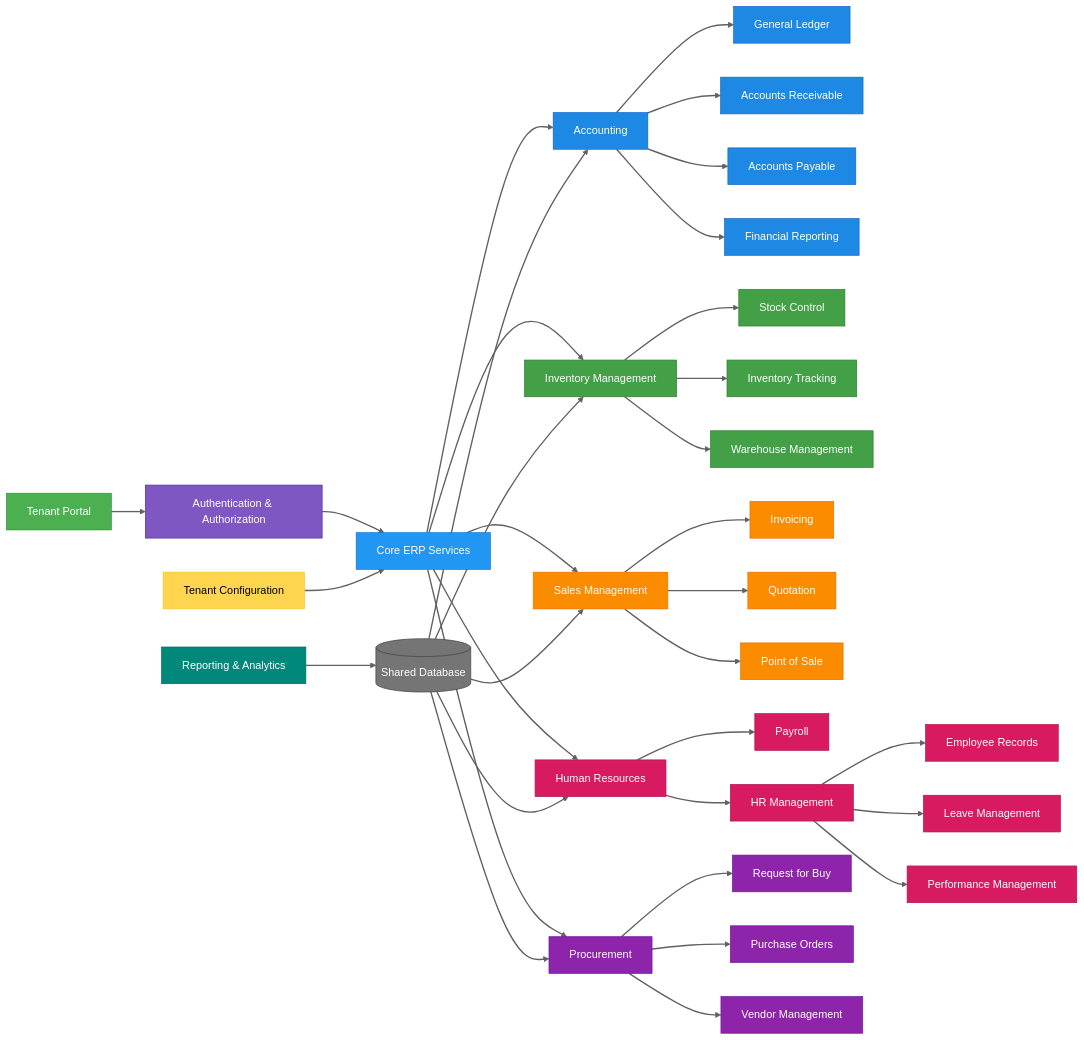
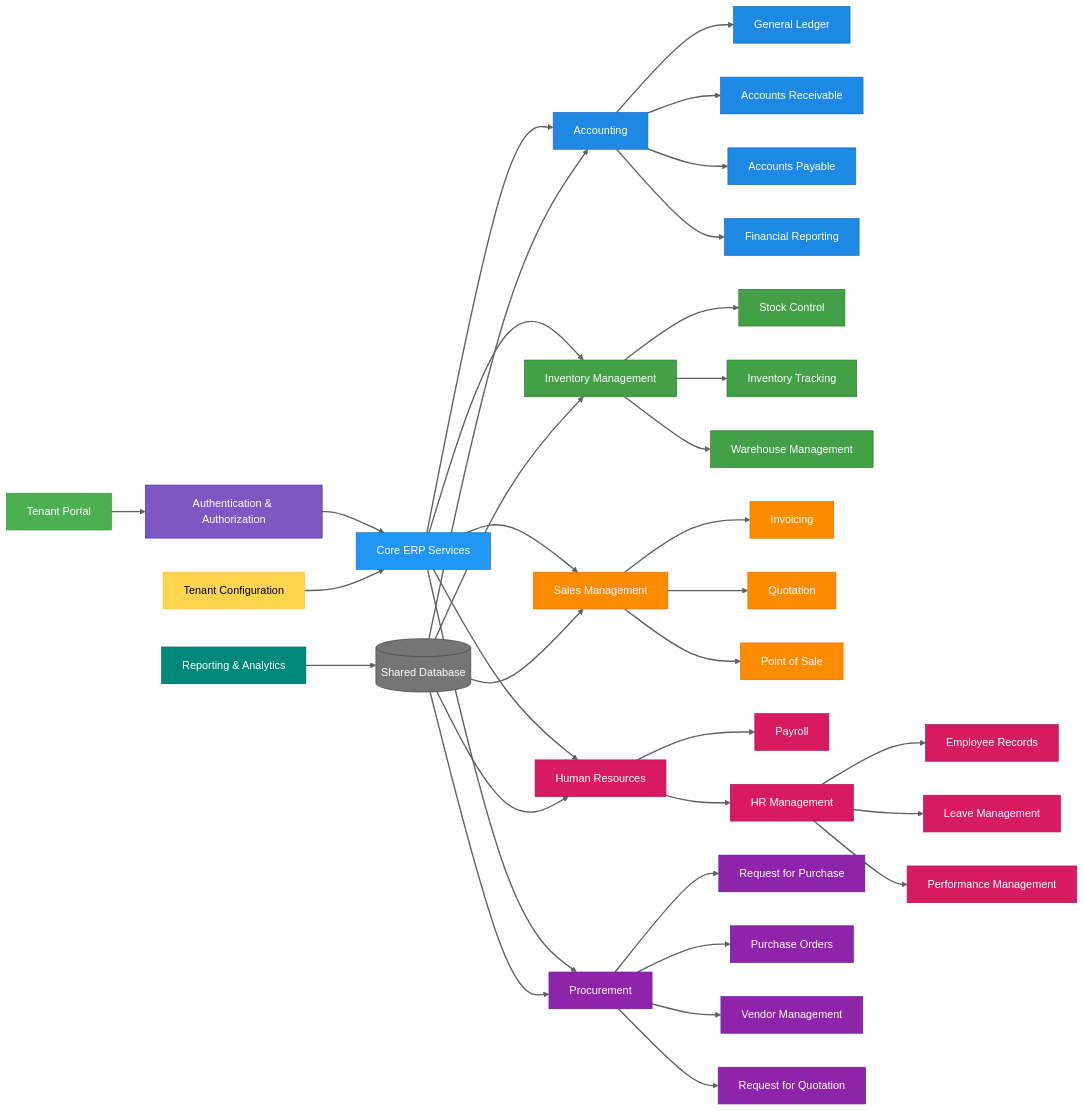
The diagram in system-arquitecture.mermaid (fxavier/erp-system-diagrams), drawn with Mermaid before and after one commit.

Commit message:
Added Request for quotation

```diff
--- a/system-arquitecture.mermaid
+++ b/system-arquitecture.mermaid
@@ -1,63 +1,64 @@
 graph LR
     %% Color Definitions
     classDef portal fill:#4CAF50,stroke:#388E3C,color:white;
     classDef auth fill:#7E57C2,stroke:#512DA8,color:white;
     classDef core fill:#2196F3,stroke:#1976D2,color:white;
     classDef accounting fill:#1E88E5,stroke:#1565C0,color:white;
     classDef inventory fill:#43A047,stroke:#2E7D32,color:white;
     classDef sales fill:#FB8C00,stroke:#EF6C00,color:white;
     classDef hr fill:#D81B60,stroke:#AD1457,color:white;
     classDef procurement fill:#8E24AA,stroke:#6A1B9A,color:white;
     classDef database fill:#757575,stroke:#424242,color:white;
     classDef reporting fill:#00897B,stroke:#00695C,color:white;
     classDef config fill:#FFD54F,stroke:#FBC02D,color:black;
 
     %% Nodes
     A[Tenant Portal]:::portal --> B[Authentication & Authorization]:::auth
     B --> C[Core ERP Services]:::core
     C --> D1[Accounting]:::accounting
     C --> D2[Inventory Management]:::inventory
     C --> D3[Sales Management]:::sales
     C --> D4[Human Resources]:::hr
     C --> D5[Procurement]:::procurement
     
     %% Accounting Submodules
     D1 --> E1[General Ledger]:::accounting
     D1 --> E2[Accounts Receivable]:::accounting
     D1 --> E3[Accounts Payable]:::accounting
     D1 --> E4[Financial Reporting]:::accounting
     
     %% Inventory Submodules
     D2 --> F1[Stock Control]:::inventory
     D2 --> F2[Inventory Tracking]:::inventory
     D2 --> F3[Warehouse Management]:::inventory
     
     %% Sales Submodules
     D3 --> G1[Invoicing]:::sales
     D3 --> G2[Quotation]:::sales
     D3 --> G3[Point of Sale]:::sales
     
     %% HR Submodules
     D4 --> H1[Payroll]:::hr
     D4 --> H2[HR Management]:::hr
     H2 --> H3[Employee Records]:::hr
     H2 --> H4[Leave Management]:::hr
     H2 --> H5[Performance Management]:::hr
     
     %% Procurement Submodules
-    D5 --> I1[Request for Buy]:::procurement
+    D5 --> I1[Request for Purchase]:::procurement
     D5 --> I2[Purchase Orders]:::procurement
     D5 --> I3[Vendor Management]:::procurement
+    D5 --> I4[Request for Quotation]:::procurement
     
     %% Database & Other Services
     J[(Shared Database)]:::database --> D1
     J --> D2
     J --> D3
     J --> D4
     J --> D5
     
     K[Reporting & Analytics]:::reporting --> J
     L[Tenant Configuration]:::config --> C
 
     %% Styling Links
     linkStyle default stroke:#616161,stroke-width:2px
```
